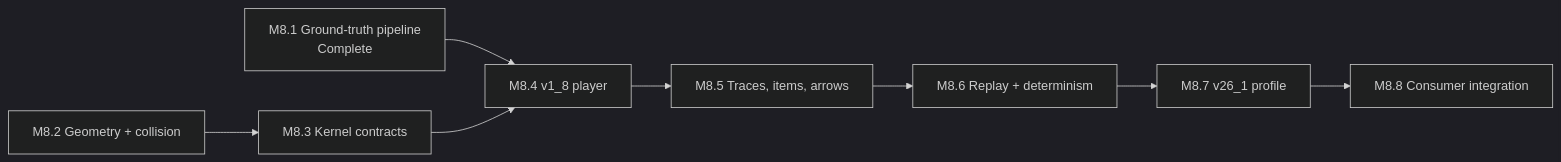
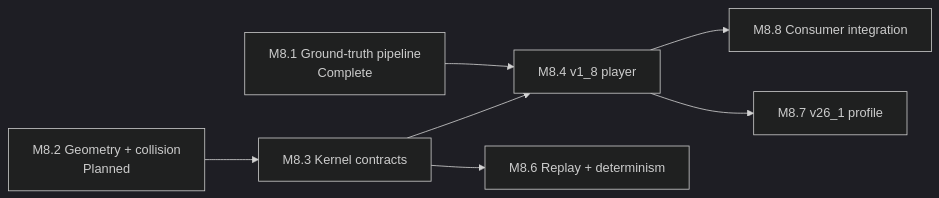
Before and after one commit to go-theft-craft/headless-minecraft: the second of 2 diagrams in MASTER_PLAN.md, drawn with Mermaid (dark theme). The commit also changed other lines of this file, not shown here.

````diff
--- a/MASTER_PLAN.md
+++ b/MASTER_PLAN.md
@@ -563,14 +568,15 @@
 ```mermaid
 flowchart LR
     A["M8.1 Ground-truth pipeline<br/>Complete"]
-    B["M8.2 Geometry + collision"]
+    B["M8.2 Geometry + collision<br/>Planned"]
     C["M8.3 Kernel contracts"]
     D["M8.4 v1_8 player"]
-    E["M8.5 Traces, items, arrows"]
     F["M8.6 Replay + determinism"]
     G["M8.7 v26_1 profile"]
     H["M8.8 Consumer integration"]
 
     A --> D
-    B --> C --> D --> E --> F --> G --> H
+    B --> C --> D --> H
+    C --> F
+    D --> G
 ```
````
